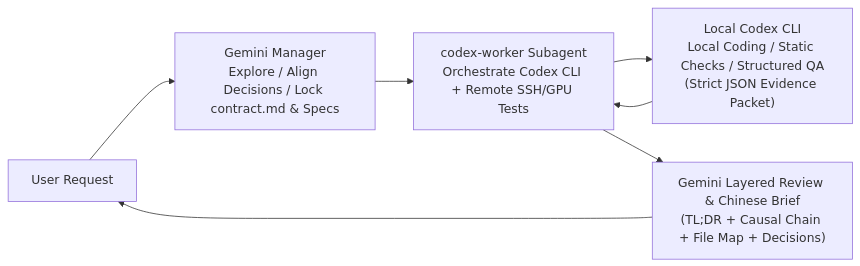
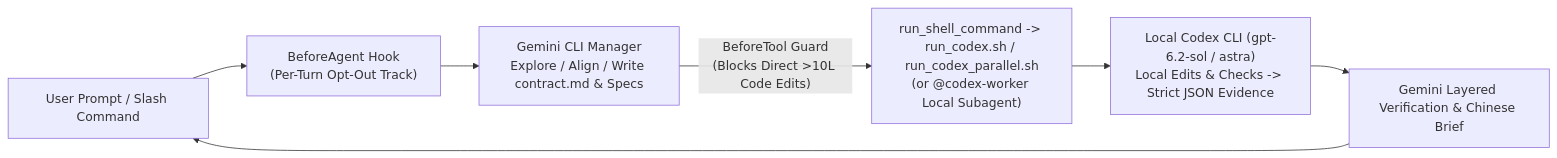
Before and after one commit to yukki555/codex-orchestrator: the diagram in README.md, drawn with Mermaid. The commit also changed other lines of this file and 14 other files, not shown here.

Commit message:
feat(gemini-cli): add native Gemini CLI extension edition (v2.1.0)

````diff
--- a/README.md
+++ b/README.md
@@ -7,9 +13,9 @@
 ```mermaid
 flowchart LR
-    U["User Request"] --> G["Gemini Manager<br/>Explore / Align Decisions / Lock contract.md & Specs"]
-    G --> W["codex-worker Subagent<br/>Orchestrate Codex CLI + Remote SSH/GPU Tests"]
-    W --> C["Local Codex CLI<br/>Local Coding / Static Checks / Structured QA<br/>(Strict JSON Evidence Packet)"]
-    C --> W
-    W --> G2["Gemini Layered Review & Chinese Brief<br/>(TL;DR + Causal Chain + File Map + Decisions)"]
+    U["User Prompt / Slash Command"] --> H["BeforeAgent Hook<br/>(Per-Turn Opt-Out Track)"]
+    H --> G["Gemini CLI Manager<br/>Explore / Align / Write contract.md & Specs"]
+    G -- "BeforeTool Guard<br/>(Blocks Direct >10L Code Edits)" --> R["run_shell_command -> run_codex.sh / run_codex_parallel.sh<br/>(or @codex-worker Local Subagent)"]
+    R --> C["Local Codex CLI (gpt-6.2-sol / astra)<br/>Local Edits & Checks -> Strict JSON Evidence"]
+    C --> G2["Gemini Layered Verification & Chinese Brief"]
     G2 --> U
 ```
````
